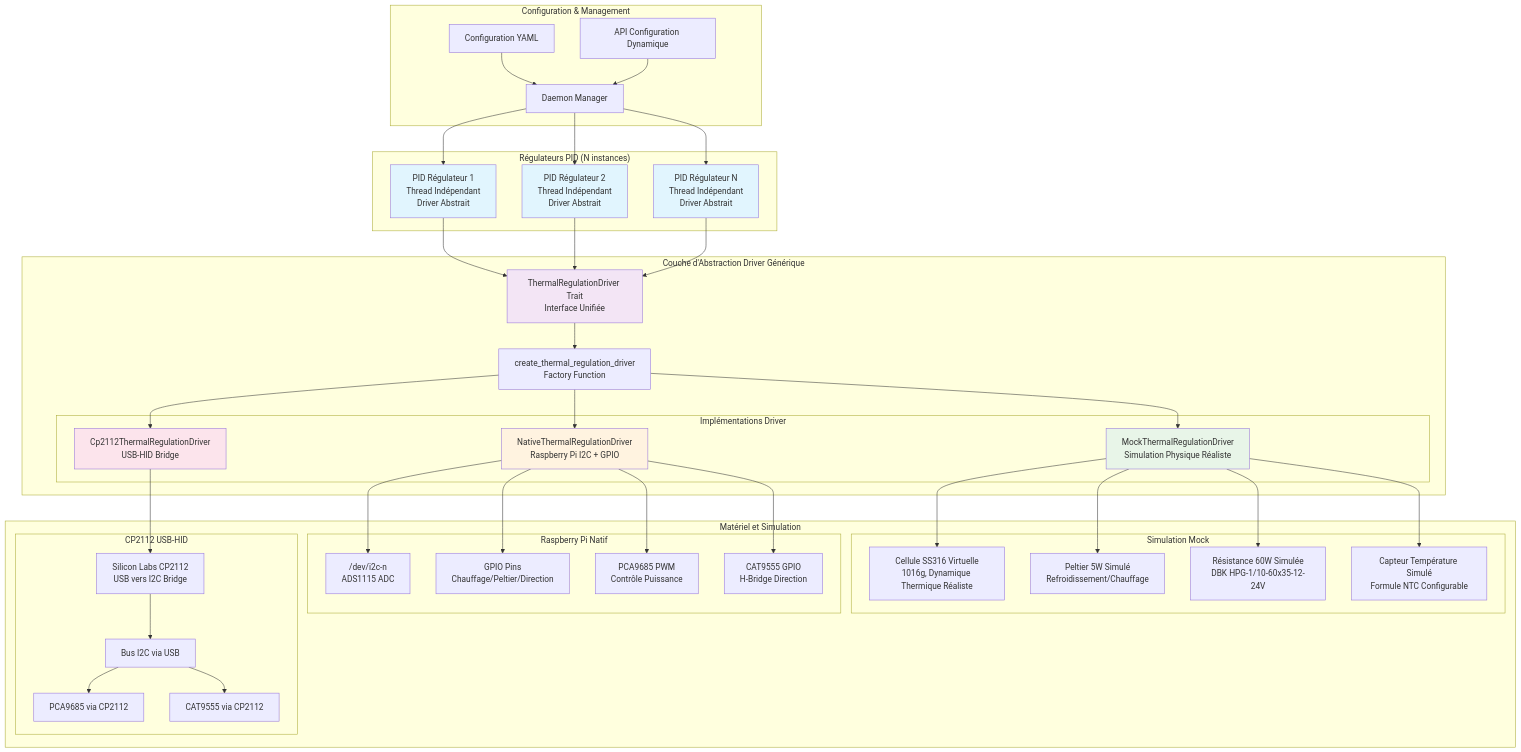
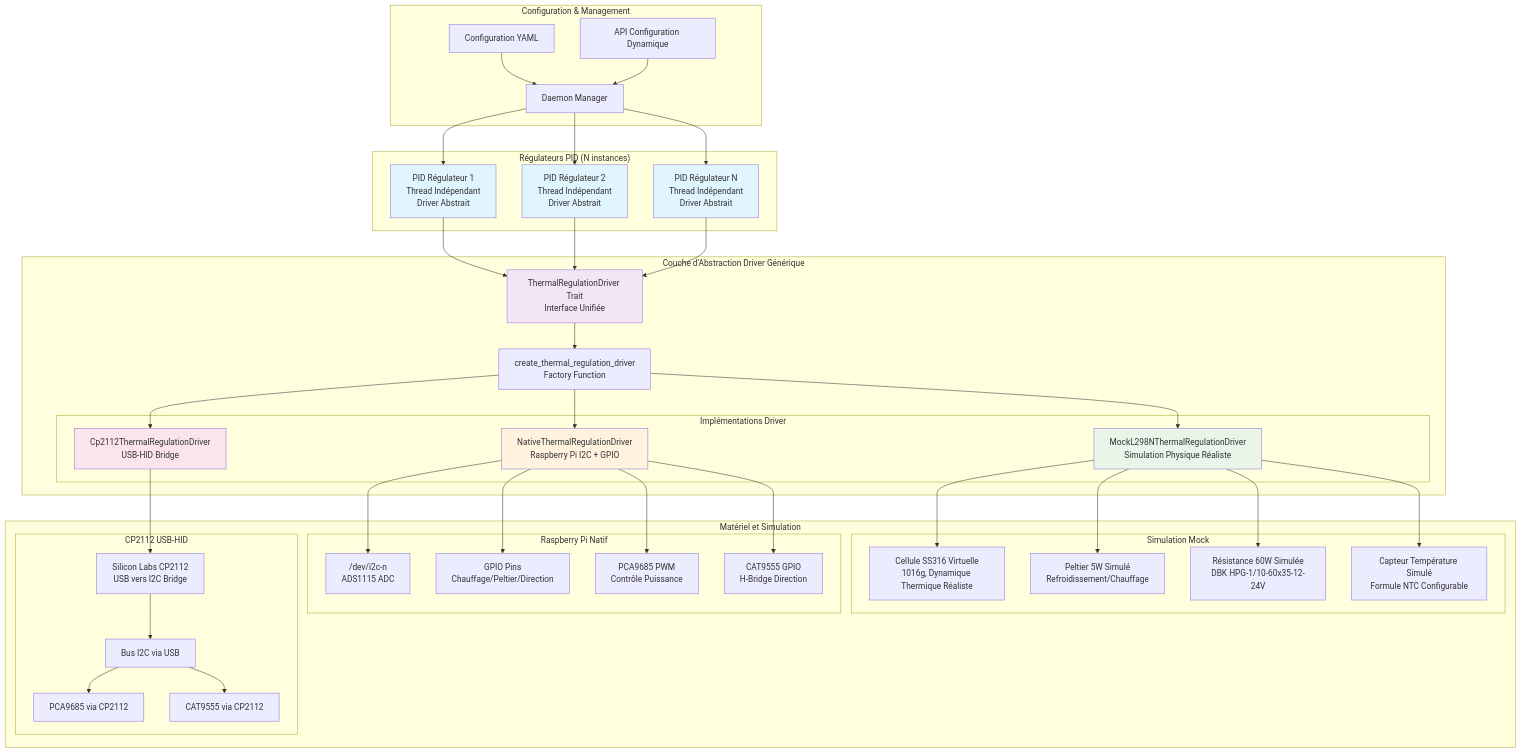
One commit to sctg-development/rust-photoacoustic changed the third of 28 diagrams in docs/regulation_thermique.md. Above: the diagram before and after it, drawn with Mermaid. The commit also changed other lines of this file and 4 other files, not shown here.

Commit message:
feat: rework and comment thermal mock driver for giving a reference implementation

```diff
--- a/docs/regulation_thermique.md
+++ b/docs/regulation_thermique.md
@@ -173,7 +173,7 @@
         FACTORY[create_thermal_regulation_driver<br/>Factory Function]
         
         subgraph "Implémentations Driver"
-            MOCK_DRIVER[MockThermalRegulationDriver<br/>Simulation Physique Réaliste]
+            MOCK_DRIVER[MockL298NThermalRegulationDriver<br/>Simulation Physique Réaliste]
             NATIVE_DRIVER[NativeThermalRegulationDriver<br/>Raspberry Pi I2C + GPIO]
             CP2112_DRIVER[Cp2112ThermalRegulationDriver<br/>USB-HID Bridge]
         end
```
